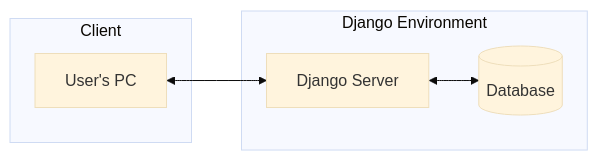
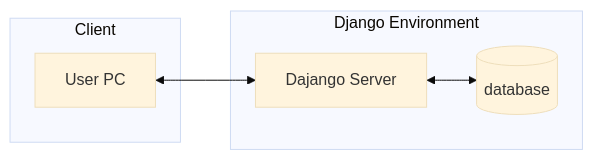
The first of 3 diagrams in synthesis/courses/django-6-the-big-picture/00-django-6-the-big-picture-synthesis.md (matt2ology/tech-journal-and-blog), drawn with Mermaid (base theme) before and after one commit.

Commit message:
fix: correct typos in flowchart labels in Django 6 synthesis

````diff
--- a/synthesis/courses/django-6-the-big-picture/00-django-6-the-big-picture-synthesis.md
+++ b/synthesis/courses/django-6-the-big-picture/00-django-6-the-big-picture-synthesis.md
@@ -46,14 +46,14 @@
 ```mermaid
 flowchart LR
     subgraph Client ["Client"]
-        PC["User's PC"]
+        PC["User PC"]
     end
 
     subgraph Backend ["Django Environment"]
-        Django["Django Server"]
-        DB[("Database")]
+        Django["Dajango Server"]
+        DB[("database")]
     end
 
     PC <--> Django
     Django <--> DB
 ```
````
